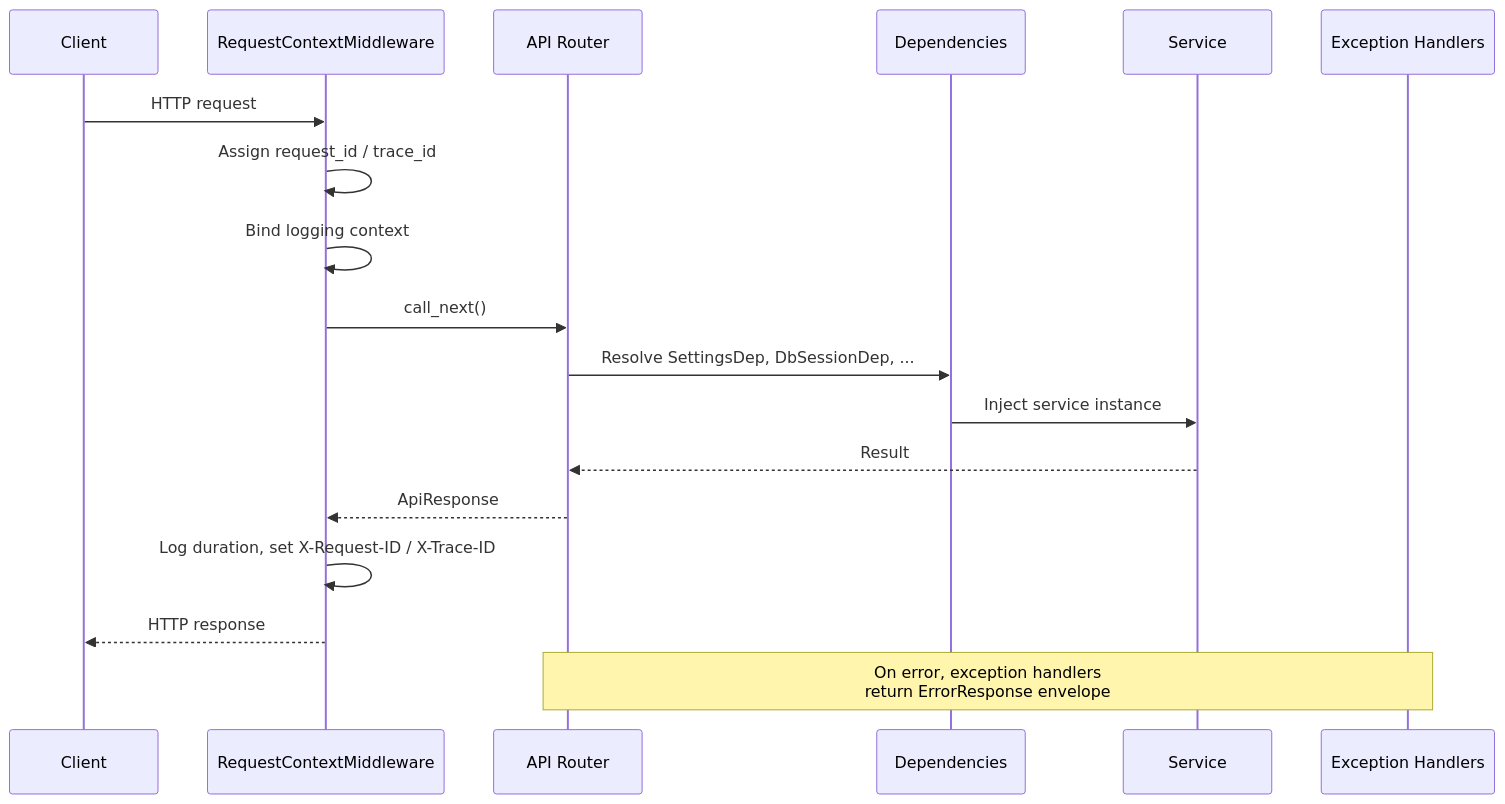
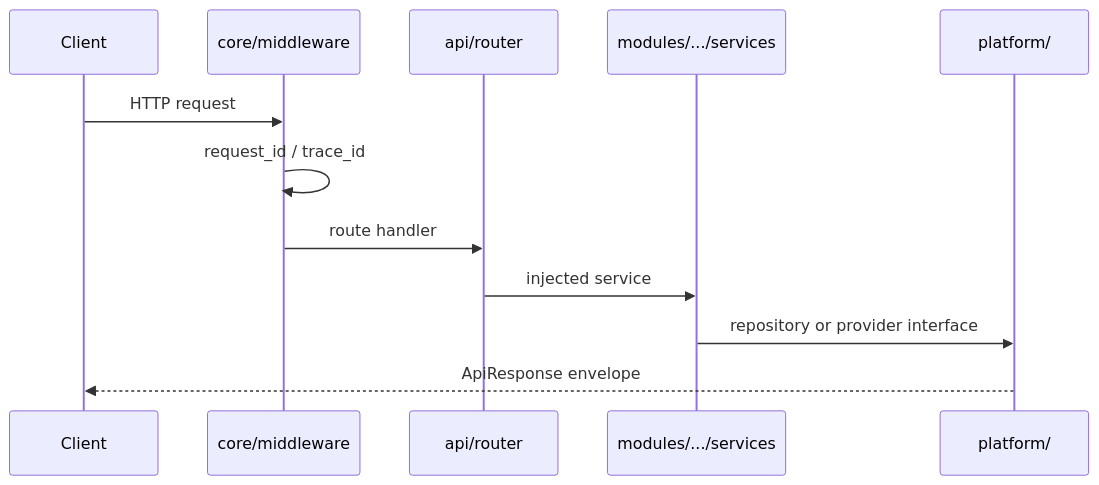
The diagram in docs/architecture/system-architecture.md (Jrahimin/rag-builder), drawn with Mermaid before and after one commit. The commit also changed other lines of this file and 88 other files, not shown here.

````diff
--- a/docs/architecture/system-architecture.md
+++ b/docs/architecture/system-architecture.md
@@ -95,22 +48,15 @@
 ```mermaid
 sequenceDiagram
     participant Client
-    participant MW as RequestContextMiddleware
-    participant Router as API Router
-    participant DI as Dependencies
-    participant Svc as Service
-    participant EH as Exception Handlers
+    participant MW as core/middleware
+    participant API as api/router
+    participant Svc as modules/.../services
+    participant Plat as platform/
 
     Client->>MW: HTTP request
-    MW->>MW: Assign request_id / trace_id
-    MW->>MW: Bind logging context
-    MW->>Router: call_next()
-    Router->>DI: Resolve SettingsDep, DbSessionDep, ...
-    DI->>Svc: Inject service instance
-    Svc-->>Router: Result
-    Router-->>MW: ApiResponse
-    MW->>MW: Log duration, set X-Request-ID / X-Trace-ID
-    MW-->>Client: HTTP response
-
-    Note over Router,EH: On error, exception handlers<br/>return ErrorResponse envelope
+    MW->>MW: request_id / trace_id
+    MW->>API: route handler
+    API->>Svc: injected service
+    Svc->>Plat: repository or provider interface
+    Plat-->>Client: ApiResponse envelope
 ```
````
